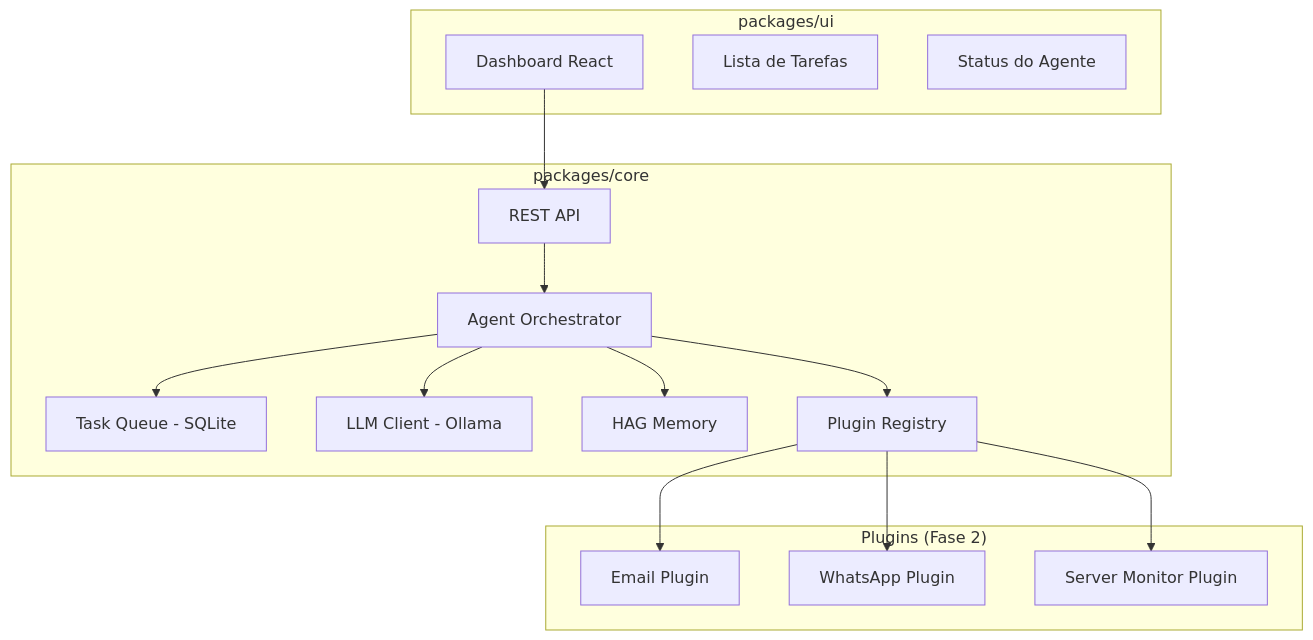
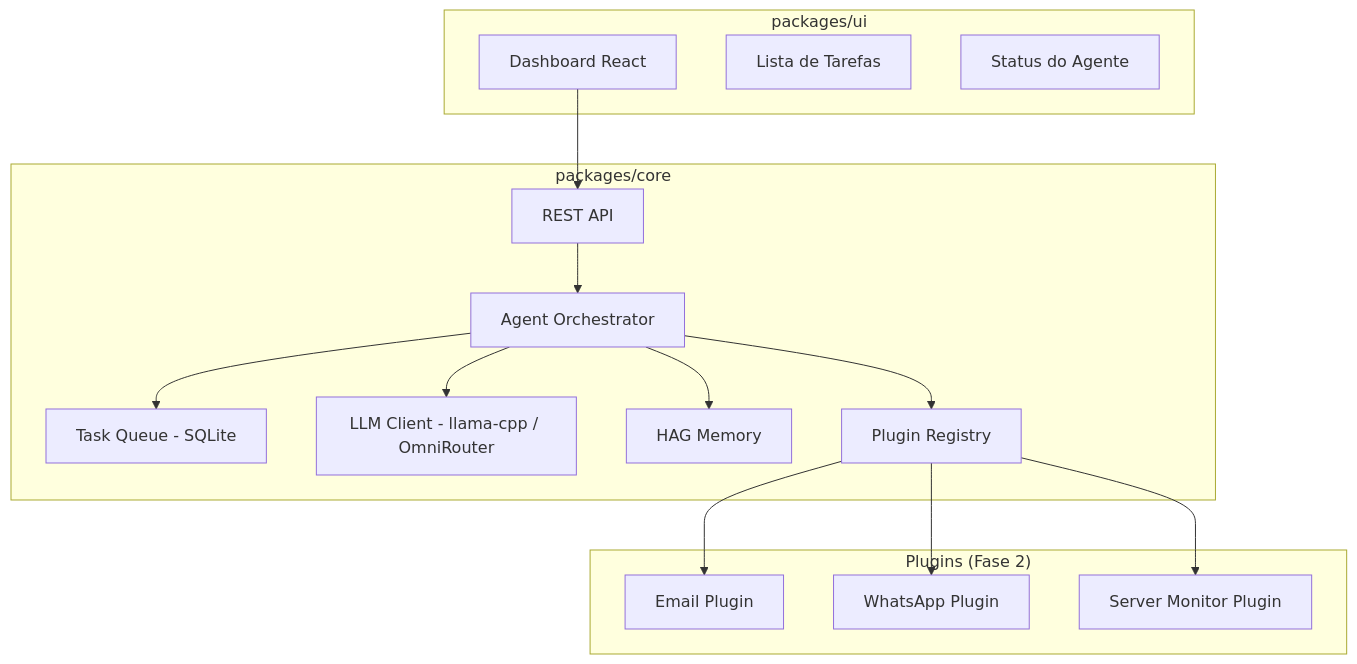
One commit to sousaakira/micro-assistente changed the first of 2 diagrams in docs/architecture.md. Above: the diagram before and after it, drawn with Mermaid. The commit also changed 6 other files, not shown here.

First line of the commit message:
feat(core): suporte llama-cpp em https://ia.lo e prep OmniRouter

````diff
--- a/docs/architecture.md
+++ b/docs/architecture.md
@@ -5,33 +5,33 @@
 ```mermaid
 flowchart TB
     subgraph UI["packages/ui"]
         Dashboard[Dashboard React]
         TaskList[Lista de Tarefas]
         AgentStatus[Status do Agente]
     end
 
     subgraph Core["packages/core"]
         API[REST API]
         Orchestrator[Agent Orchestrator]
         TaskQueue[Task Queue - SQLite]
-        LLM[LLM Client - Ollama]
+        LLM[LLM Client - llama-cpp / OmniRouter]
         HAG[HAG Memory]
         Registry[Plugin Registry]
     end
 
     subgraph Plugins["Plugins (Fase 2)"]
         Email[Email Plugin]
         WhatsApp[WhatsApp Plugin]
         Servers[Server Monitor Plugin]
     end
 
     Dashboard --> API
     API --> Orchestrator
     Orchestrator --> TaskQueue
     Orchestrator --> LLM
     Orchestrator --> HAG
     Orchestrator --> Registry
     Registry --> Email
     Registry --> WhatsApp
     Registry --> Servers
 ```
````
